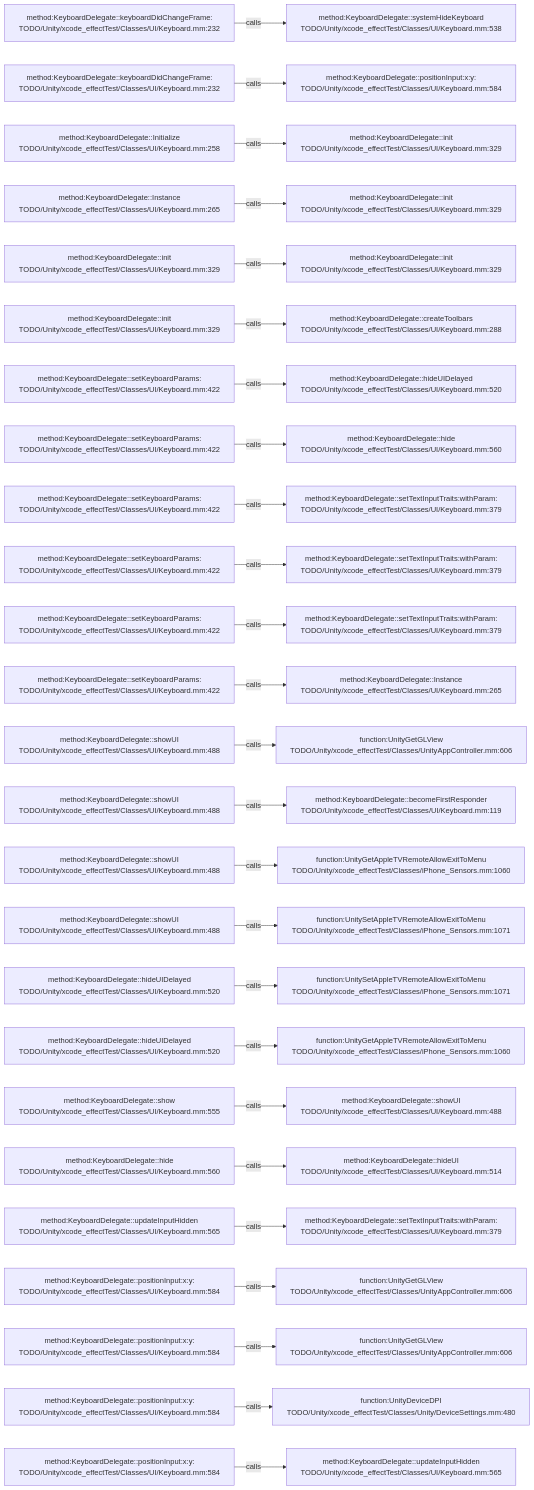
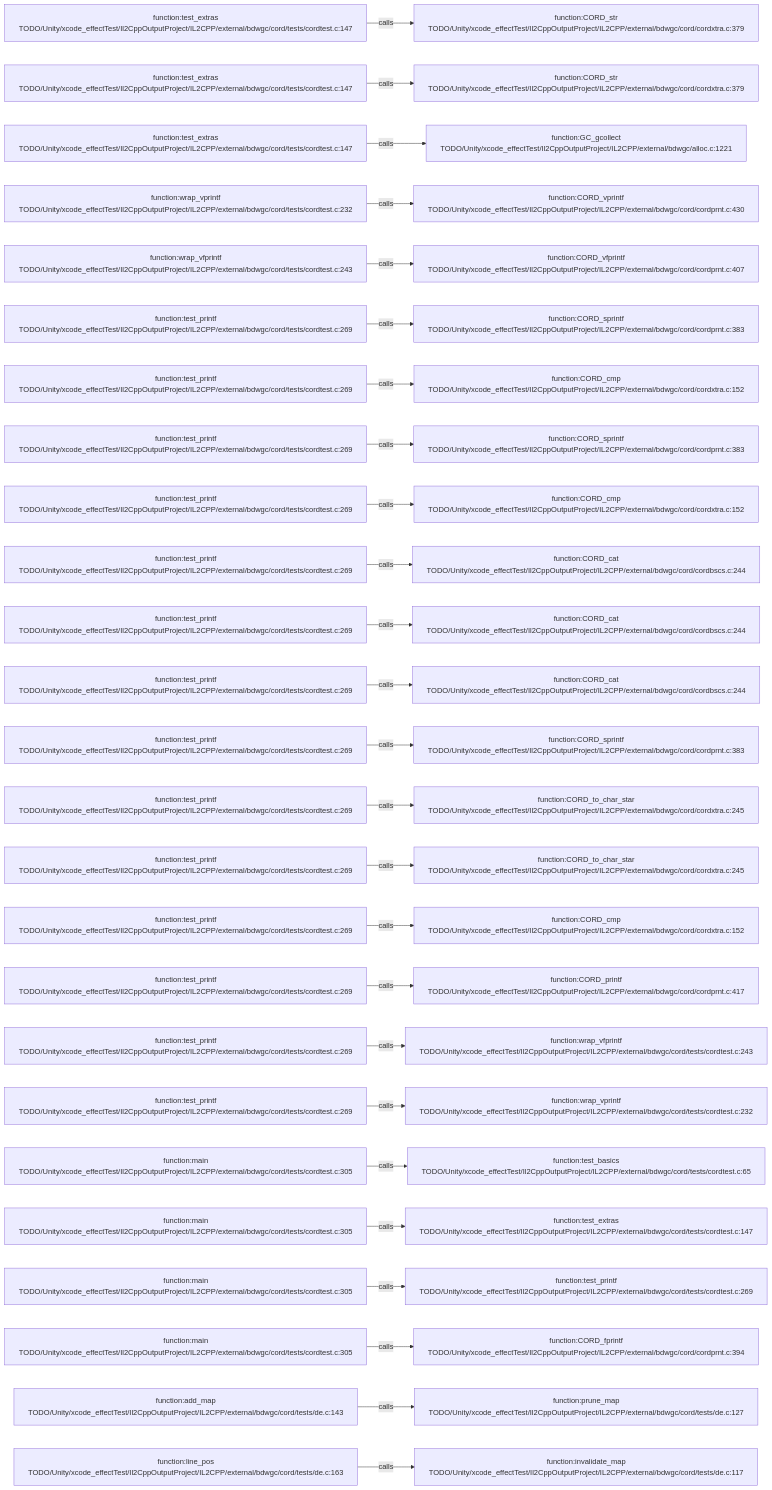
Before and after one commit to JobsKits/JobsSwiftBaseConfigDemo: the diagram in .codegraph/codegraph.md/graphs/calls-092.md, drawn with Mermaid. The commit also changed 227 other files, not shown here.

````diff
--- a/.codegraph/codegraph.md/graphs/calls-092.md
+++ b/.codegraph/codegraph.md/graphs/calls-092.md
@@ -13,78 +13,78 @@
 ```mermaid
 flowchart LR
-  S1["method:KeyboardDelegate::keyboardDidChangeFrame:<br/>TODO/Unity/xcode_effectTest/Classes/UI/Keyboard.mm:232"]
-  T1["method:KeyboardDelegate::systemHideKeyboard<br/>TODO/Unity/xcode_effectTest/Classes/UI/Keyboard.mm:538"]
+  S1["function:test_extras<br/>TODO/Unity/xcode_effectTest/Il2CppOutputProject/IL2CPP/external/bdwgc/cord/tests/cordtest.c:147"]
+  T1["function:CORD_str<br/>TODO/Unity/xcode_effectTest/Il2CppOutputProject/IL2CPP/external/bdwgc/cord/cordxtra.c:379"]
   S1 -->|calls| T1
-  S2["method:KeyboardDelegate::keyboardDidChangeFrame:<br/>TODO/Unity/xcode_effectTest/Classes/UI/Keyboard.mm:232"]
-  T2["method:KeyboardDelegate::positionInput:x:y:<br/>TODO/Unity/xcode_effectTest/Classes/UI/Keyboard.mm:584"]
+  S2["function:test_extras<br/>TODO/Unity/xcode_effectTest/Il2CppOutputProject/IL2CPP/external/bdwgc/cord/tests/cordtest.c:147"]
+  T2["function:CORD_str<br/>TODO/Unity/xcode_effectTest/Il2CppOutputProject/IL2CPP/external/bdwgc/cord/cordxtra.c:379"]
   S2 -->|calls| T2
-  S3["method:KeyboardDelegate::Initialize<br/>TODO/Unity/xcode_effectTest/Classes/UI/Keyboard.mm:258"]
-  T3["method:KeyboardDelegate::init<br/>TODO/Unity/xcode_effectTest/Classes/UI/Keyboard.mm:329"]
+  S3["function:test_extras<br/>TODO/Unity/xcode_effectTest/Il2CppOutputProject/IL2CPP/external/bdwgc/cord/tests/cordtest.c:147"]
+  T3["function:GC_gcollect<br/>TODO/Unity/xcode_effectTest/Il2CppOutputProject/IL2CPP/external/bdwgc/alloc.c:1221"]
   S3 -->|calls| T3
-  S4["method:KeyboardDelegate::Instance<br/>TODO/Unity/xcode_effectTest/Classes/UI/Keyboard.mm:265"]
-  T4["method:KeyboardDelegate::init<br/>TODO/Unity/xcode_effectTest/Classes/UI/Keyboard.mm:329"]
+  S4["function:wrap_vprintf<br/>TODO/Unity/xcode_effectTest/Il2CppOutputProject/IL2CPP/external/bdwgc/cord/tests/cordtest.c:232"]
+  T4["function:CORD_vprintf<br/>TODO/Unity/xcode_effectTest/Il2CppOutputProject/IL2CPP/external/bdwgc/cord/cordprnt.c:430"]
   S4 -->|calls| T4
-  S5["method:KeyboardDelegate::init<br/>TODO/Unity/xcode_effectTest/Classes/UI/Keyboard.mm:329"]
-  T5["method:KeyboardDelegate::init<br/>TODO/Unity/xcode_effectTest/Classes/UI/Keyboard.mm:329"]
+  S5["function:wrap_vfprintf<br/>TODO/Unity/xcode_effectTest/Il2CppOutputProject/IL2CPP/external/bdwgc/cord/tests/cordtest.c:243"]
+  T5["function:CORD_vfprintf<br/>TODO/Unity/xcode_effectTest/Il2CppOutputProject/IL2CPP/external/bdwgc/cord/cordprnt.c:407"]
   S5 -->|calls| T5
-  S6["method:KeyboardDelegate::init<br/>TODO/Unity/xcode_effectTest/Classes/UI/Keyboard.mm:329"]
-  T6["method:KeyboardDelegate::createToolbars<br/>TODO/Unity/xcode_effectTest/Classes/UI/Keyboard.mm:288"]
+  S6["function:test_printf<br/>TODO/Unity/xcode_effectTest/Il2CppOutputProject/IL2CPP/external/bdwgc/cord/tests/cordtest.c:269"]
+  T6["function:CORD_sprintf<br/>TODO/Unity/xcode_effectTest/Il2CppOutputProject/IL2CPP/external/bdwgc/cord/cordprnt.c:383"]
   S6 -->|calls| T6
-  S7["method:KeyboardDelegate::setKeyboardParams:<br/>TODO/Unity/xcode_effectTest/Classes/UI/Keyboard.mm:422"]
-  T7["method:KeyboardDelegate::hideUIDelayed<br/>TODO/Unity/xcode_effectTest/Classes/UI/Keyboard.mm:520"]
+  S7["function:test_printf<br/>TODO/Unity/xcode_effectTest/Il2CppOutputProject/IL2CPP/external/bdwgc/cord/tests/cordtest.c:269"]
+  T7["function:CORD_cmp<br/>TODO/Unity/xcode_effectTest/Il2CppOutputProject/IL2CPP/external/bdwgc/cord/cordxtra.c:152"]
   S7 -->|calls| T7
-  S8["method:KeyboardDelegate::setKeyboardParams:<br/>TODO/Unity/xcode_effectTest/Classes/UI/Keyboard.mm:422"]
-  T8["method:KeyboardDelegate::hide<br/>TODO/Unity/xcode_effectTest/Classes/UI/Keyboard.mm:560"]
+  S8["function:test_printf<br/>TODO/Unity/xcode_effectTest/Il2CppOutputProject/IL2CPP/external/bdwgc/cord/tests/cordtest.c:269"]
+  T8["function:CORD_sprintf<br/>TODO/Unity/xcode_effectTest/Il2CppOutputProject/IL2CPP/external/bdwgc/cord/cordprnt.c:383"]
   S8 -->|calls| T8
-  S9["method:KeyboardDelegate::setKeyboardParams:<br/>TODO/Unity/xcode_effectTest/Classes/UI/Keyboard.mm:422"]
-  T9["method:KeyboardDelegate::setTextInputTraits:withParam:<br/>TODO/Unity/xcode_effectTest/Classes/UI/Keyboard.mm:379"]
+  S9["function:test_printf<br/>TODO/Unity/xcode_effectTest/Il2CppOutputProject/IL2CPP/external/bdwgc/cord/tests/cordtest.c:269"]
+  T9["function:CORD_cmp<br/>TODO/Unity/xcode_effectTest/Il2CppOutputProject/IL2CPP/external/bdwgc/cord/cordxtra.c:152"]
   S9 -->|calls| T9
-  S10["method:KeyboardDelegate::setKeyboardParams:<br/>TODO/Unity/xcode_effectTest/Classes/UI/Keyboard.mm:422"]
-  T10["method:KeyboardDelegate::setTextInputTraits:withParam:<br/>TODO/Unity/xcode_effectTest/Classes/UI/Keyboard.mm:379"]
+  S10["function:test_printf<br/>TODO/Unity/xcode_effectTest/Il2CppOutputProject/IL2CPP/external/bdwgc/cord/tests/cordtest.c:269"]
+  T10["function:CORD_cat<br/>TODO/Unity/xcode_effectTest/Il2CppOutputProject/IL2CPP/external/bdwgc/cord/cordbscs.c:244"]
   S10 -->|calls| T10
-  S11["method:KeyboardDelegate::setKeyboardParams:<br/>TODO/Unity/xcode_effectTest/Classes/UI/Keyboard.mm:422"]
-  T11["method:KeyboardDelegate::setTextInputTraits:withParam:<br/>TODO/Unity/xcode_effectTest/Classes/UI/Keyboard.mm:379"]
+  S11["function:test_printf<br/>TODO/Unity/xcode_effectTest/Il2CppOutputProject/IL2CPP/external/bdwgc/cord/tests/cordtest.c:269"]
+  T11["function:CORD_cat<br/>TODO/Unity/xcode_effectTest/Il2CppOutputProject/IL2CPP/external/bdwgc/cord/cordbscs.c:244"]
   S11 -->|calls| T11
-  S12["method:KeyboardDelegate::setKeyboardParams:<br/>TODO/Unity/xcode_effectTest/Classes/UI/Keyboard.mm:422"]
-  T12["method:KeyboardDelegate::Instance<br/>TODO/Unity/xcode_effectTest/Classes/UI/Keyboard.mm:265"]
+  S12["function:test_printf<br/>TODO/Unity/xcode_effectTest/Il2CppOutputProject/IL2CPP/external/bdwgc/cord/tests/cordtest.c:269"]
+  T12["function:CORD_cat<br/>TODO/Unity/xcode_effectTest/Il2CppOutputProject/IL2CPP/external/bdwgc/cord/cordbscs.c:244"]
   S12 -->|calls| T12
-  S13["method:KeyboardDelegate::showUI<br/>TODO/Unity/xcode_effectTest/Classes/UI/Keyboard.mm:488"]
-  T13["function:UnityGetGLView<br/>TODO/Unity/xcode_effectTest/Classes/UnityAppController.mm:606"]
+  S13["function:test_printf<br/>TODO/Unity/xcode_effectTest/Il2CppOutputProject/IL2CPP/external/bdwgc/cord/tests/cordtest.c:269"]
+  T13["function:CORD_sprintf<br/>TODO/Unity/xcode_effectTest/Il2CppOutputProject/IL2CPP/external/bdwgc/cord/cordprnt.c:383"]
   S13 -->|calls| T13
-  S14["method:KeyboardDelegate::showUI<br/>TODO/Unity/xcode_effectTest/Classes/UI/Keyboard.mm:488"]
-  T14["method:KeyboardDelegate::becomeFirstResponder<br/>TODO/Unity/xcode_effectTest/Classes/UI/Keyboard.mm:119"]
+  S14["function:test_printf<br/>TODO/Unity/xcode_effectTest/Il2CppOutputProject/IL2CPP/external/bdwgc/cord/tests/cordtest.c:269"]
+  T14["function:CORD_to_char_star<br/>TODO/Unity/xcode_effectTest/Il2CppOutputProject/IL2CPP/external/bdwgc/cord/cordxtra.c:245"]
   S14 -->|calls| T14
-  S15["method:KeyboardDelegate::showUI<br/>TODO/Unity/xcode_effectTest/Classes/UI/Keyboard.mm:488"]
-  T15["function:UnityGetAppleTVRemoteAllowExitToMenu<br/>TODO/Unity/xcode_effectTest/Classes/iPhone_Sensors.mm:1060"]
+  S15["function:test_printf<br/>TODO/Unity/xcode_effectTest/Il2CppOutputProject/IL2CPP/external/bdwgc/cord/tests/cordtest.c:269"]
+  T15["function:CORD_to_char_star<br/>TODO/Unity/xcode_effectTest/Il2CppOutputProject/IL2CPP/external/bdwgc/cord/cordxtra.c:245"]
   S15 -->|calls| T15
-  S16["method:KeyboardDelegate::showUI<br/>TODO/Unity/xcode_effectTest/Classes/UI/Keyboard.mm:488"]
-  T16["function:UnitySetAppleTVRemoteAllowExitToMenu<br/>TODO/Unity/xcode_effectTest/Classes/iPhone_Sensors.mm:1071"]
+  S16["function:test_printf<br/>TODO/Unity/xcode_effectTest/Il2CppOutputProject/IL2CPP/external/bdwgc/cord/tests/cordtest.c:269"]
+  T16["function:CORD_cmp<br/>TODO/Unity/xcode_effectTest/Il2CppOutputProject/IL2CPP/external/bdwgc/cord/cordxtra.c:152"]
   S16 -->|calls| T16
-  S17["method:KeyboardDelegate::hideUIDelayed<br/>TODO/Unity/xcode_effectTest/Classes/UI/Keyboard.mm:520"]
-  T17["function:UnitySetAppleTVRemoteAllowExitToMenu<br/>TODO/Unity/xcode_effectTest/Classes/iPhone_Sensors.mm:1071"]
+  S17["function:test_printf<br/>TODO/Unity/xcode_effectTest/Il2CppOutputProject/IL2CPP/external/bdwgc/cord/tests/cordtest.c:269"]
+  T17["function:CORD_printf<br/>TODO/Unity/xcode_effectTest/Il2CppOutputProject/IL2CPP/external/bdwgc/cord/cordprnt.c:417"]
   S17 -->|calls| T17
-  S18["method:KeyboardDelegate::hideUIDelayed<br/>TODO/Unity/xcode_effectTest/Classes/UI/Keyboard.mm:520"]
-  T18["function:UnityGetAppleTVRemoteAllowExitToMenu<br/>TODO/Unity/xcode_effectTest/Classes/iPhone_Sensors.mm:1060"]
+  S18["function:test_printf<br/>TODO/Unity/xcode_effectTest/Il2CppOutputProject/IL2CPP/external/bdwgc/cord/tests/cordtest.c:269"]
+  T18["function:wrap_vfprintf<br/>TODO/Unity/xcode_effectTest/Il2CppOutputProject/IL2CPP/external/bdwgc/cord/tests/cordtest.c:243"]
   S18 -->|calls| T18
-  S19["method:KeyboardDelegate::show<br/>TODO/Unity/xcode_effectTest/Classes/UI/Keyboard.mm:555"]
-  T19["method:KeyboardDelegate::showUI<br/>TODO/Unity/xcode_effectTest/Classes/UI/Keyboard.mm:488"]
+  S19["function:test_printf<br/>TODO/Unity/xcode_effectTest/Il2CppOutputProject/IL2CPP/external/bdwgc/cord/tests/cordtest.c:269"]
+  T19["function:wrap_vprintf<br/>TODO/Unity/xcode_effectTest/Il2CppOutputProject/IL2CPP/external/bdwgc/cord/tests/cordtest.c:232"]
   S19 -->|calls| T19
-  S20["method:KeyboardDelegate::hide<br/>TODO/Unity/xcode_effectTest/Classes/UI/Keyboard.mm:560"]
-  T20["method:KeyboardDelegate::hideUI<br/>TODO/Unity/xcode_effectTest/Classes/UI/Keyboard.mm:514"]
+  S20["function:main<br/>TODO/Unity/xcode_effectTest/Il2CppOutputProject/IL2CPP/external/bdwgc/cord/tests/cordtest.c:305"]
+  T20["function:test_basics<br/>TODO/Unity/xcode_effectTest/Il2CppOutputProject/IL2CPP/external/bdwgc/cord/tests/cordtest.c:65"]
   S20 -->|calls| T20
-  S21["method:KeyboardDelegate::updateInputHidden<br/>TODO/Unity/xcode_effectTest/Classes/UI/Keyboard.mm:565"]
-  T21["method:KeyboardDelegate::setTextInputTraits:withParam:<br/>TODO/Unity/xcode_effectTest/Classes/UI/Keyboard.mm:379"]
+  S21["function:main<br/>TODO/Unity/xcode_effectTest/Il2CppOutputProject/IL2CPP/external/bdwgc/cord/tests/cordtest.c:305"]
+  T21["function:test_extras<br/>TODO/Unity/xcode_effectTest/Il2CppOutputProject/IL2CPP/external/bdwgc/cord/tests/cordtest.c:147"]
   S21 -->|calls| T21
-  S22["method:KeyboardDelegate::positionInput:x:y:<br/>TODO/Unity/xcode_effectTest/Classes/UI/Keyboard.mm:584"]
-  T22["function:UnityGetGLView<br/>TODO/Unity/xcode_effectTest/Classes/UnityAppController.mm:606"]
+  S22["function:main<br/>TODO/Unity/xcode_effectTest/Il2CppOutputProject/IL2CPP/external/bdwgc/cord/tests/cordtest.c:305"]
+  T22["function:test_printf<br/>TODO/Unity/xcode_effectTest/Il2CppOutputProject/IL2CPP/external/bdwgc/cord/tests/cordtest.c:269"]
   S22 -->|calls| T22
-  S23["method:KeyboardDelegate::positionInput:x:y:<br/>TODO/Unity/xcode_effectTest/Classes/UI/Keyboard.mm:584"]
-  T23["function:UnityGetGLView<br/>TODO/Unity/xcode_effectTest/Classes/UnityAppController.mm:606"]
+  S23["function:main<br/>TODO/Unity/xcode_effectTest/Il2CppOutputProject/IL2CPP/external/bdwgc/cord/tests/cordtest.c:305"]
+  T23["function:CORD_fprintf<br/>TODO/Unity/xcode_effectTest/Il2CppOutputProject/IL2CPP/external/bdwgc/cord/cordprnt.c:394"]
   S23 -->|calls| T23
-  S24["method:KeyboardDelegate::positionInput:x:y:<br/>TODO/Unity/xcode_effectTest/Classes/UI/Keyboard.mm:584"]
-  T24["function:UnityDeviceDPI<br/>TODO/Unity/xcode_effectTest/Classes/Unity/DeviceSettings.mm:480"]
+  S24["function:add_map<br/>TODO/Unity/xcode_effectTest/Il2CppOutputProject/IL2CPP/external/bdwgc/cord/tests/de.c:143"]
+  T24["function:prune_map<br/>TODO/Unity/xcode_effectTest/Il2CppOutputProject/IL2CPP/external/bdwgc/cord/tests/de.c:127"]
   S24 -->|calls| T24
-  S25["method:KeyboardDelegate::positionInput:x:y:<br/>TODO/Unity/xcode_effectTest/Classes/UI/Keyboard.mm:584"]
-  T25["method:KeyboardDelegate::updateInputHidden<br/>TODO/Unity/xcode_effectTest/Classes/UI/Keyboard.mm:565"]
+  S25["function:line_pos<br/>TODO/Unity/xcode_effectTest/Il2CppOutputProject/IL2CPP/external/bdwgc/cord/tests/de.c:163"]
+  T25["function:invalidate_map<br/>TODO/Unity/xcode_effectTest/Il2CppOutputProject/IL2CPP/external/bdwgc/cord/tests/de.c:117"]
   S25 -->|calls| T25
 ```
````
